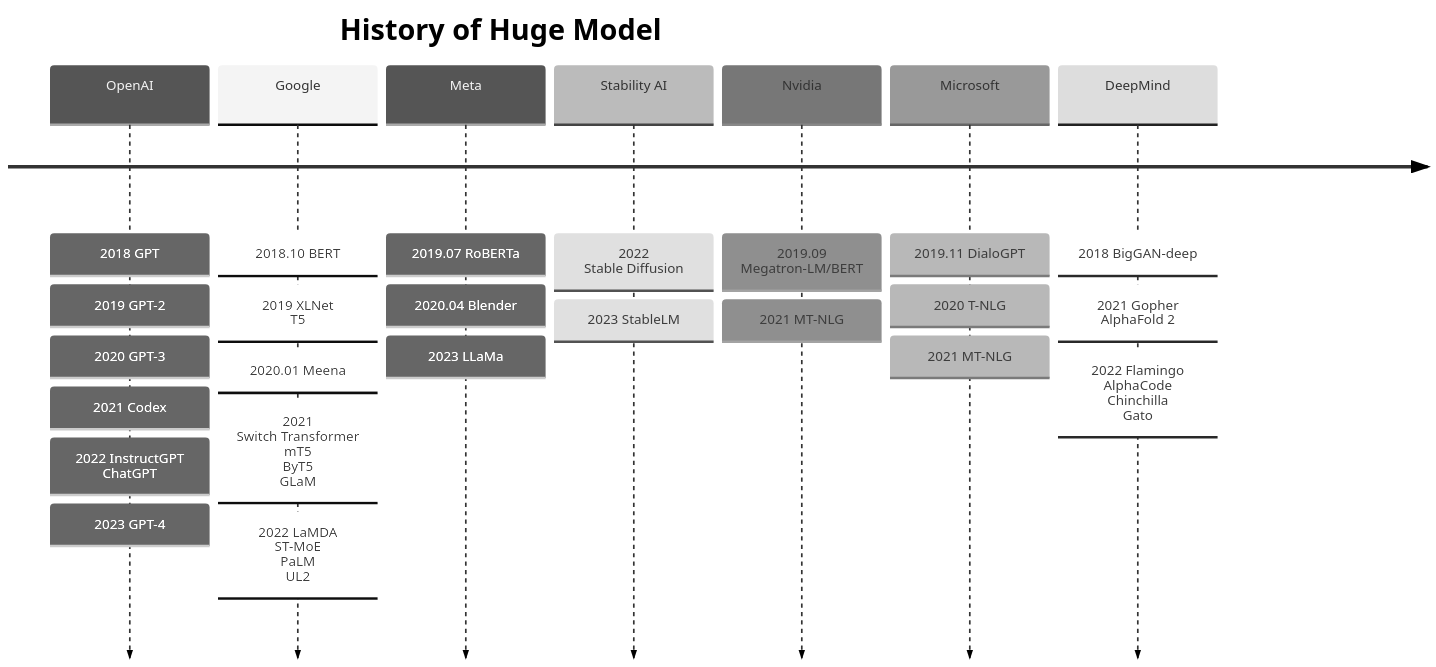
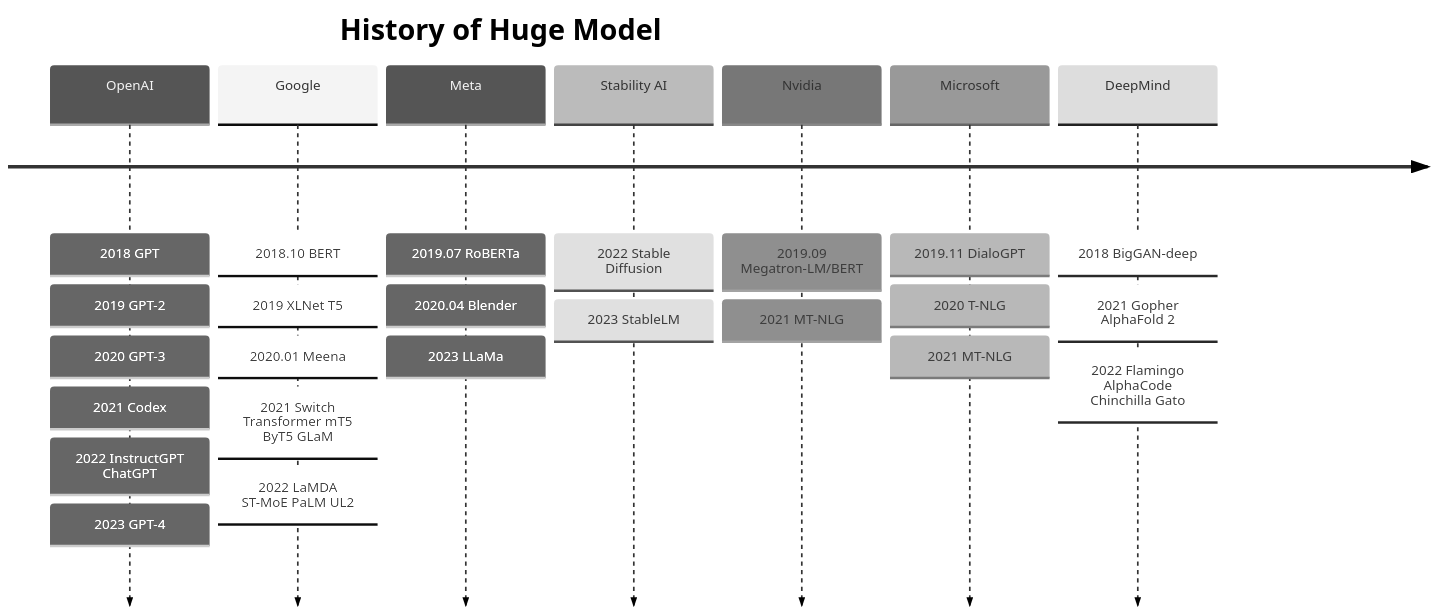
Before and after one commit to junxnone/aiwiki: the diagram in docs/0408_Hot_HugeModel.md, drawn with Mermaid (neutral theme). The commit also changed other lines of this file, not shown here.

Commit message:
Add new comment

````diff
--- a/docs/0408_Hot_HugeModel.md
+++ b/docs/0408_Hot_HugeModel.md
@@ -18,13 +18,13 @@
 ```mermaid
 timeline
     title History of Huge Model
-    OpenAI: 2018 GPT: 2019 GPT-2: 2020 GPT-3: 2021 Codex: 2022 InstructGPT<br>ChatGPT: 2023 GPT-4
-    Google: 2018.10 BERT: 2019 XLNet<br>T5: 2020.01 Meena : 2021 <br>Switch Transformer<br>mT5<br>ByT5<br>GLaM: 2022 LaMDA<br>ST-MoE<br>PaLM<br>UL2    
+    OpenAI: 2018 GPT: 2019 GPT-2: 2020 GPT-3: 2021 Codex: 2022 InstructGPT ChatGPT: 2023 GPT-4
+    Google: 2018.10 BERT: 2019 XLNet T5: 2020.01 Meena : 2021  Switch Transformer mT5 ByT5 GLaM: 2022 LaMDA ST-MoE PaLM UL2    
     Meta: 2019.07 RoBERTa : 2020.04 Blender : 2023 LLaMa
-    Stability AI : 2022 <br>Stable Diffusion : 2023 StableLM
+    Stability AI : 2022 Stable Diffusion : 2023 StableLM
     Nvidia: 2019.09 Megatron-LM/BERT : 2021 MT-NLG
     Microsoft: 2019.11 DialoGPT : 2020 T-NLG: 2021 MT-NLG
-    DeepMind: 2018 BigGAN-deep : 2021 Gopher<br>AlphaFold 2 : 2022 Flamingo<br>AlphaCode<br>Chinchilla<br>Gato
+    DeepMind: 2018 BigGAN-deep : 2021 Gopher AlphaFold 2 : 2022 Flamingo AlphaCode Chinchilla Gato
 
 
 ```
````
